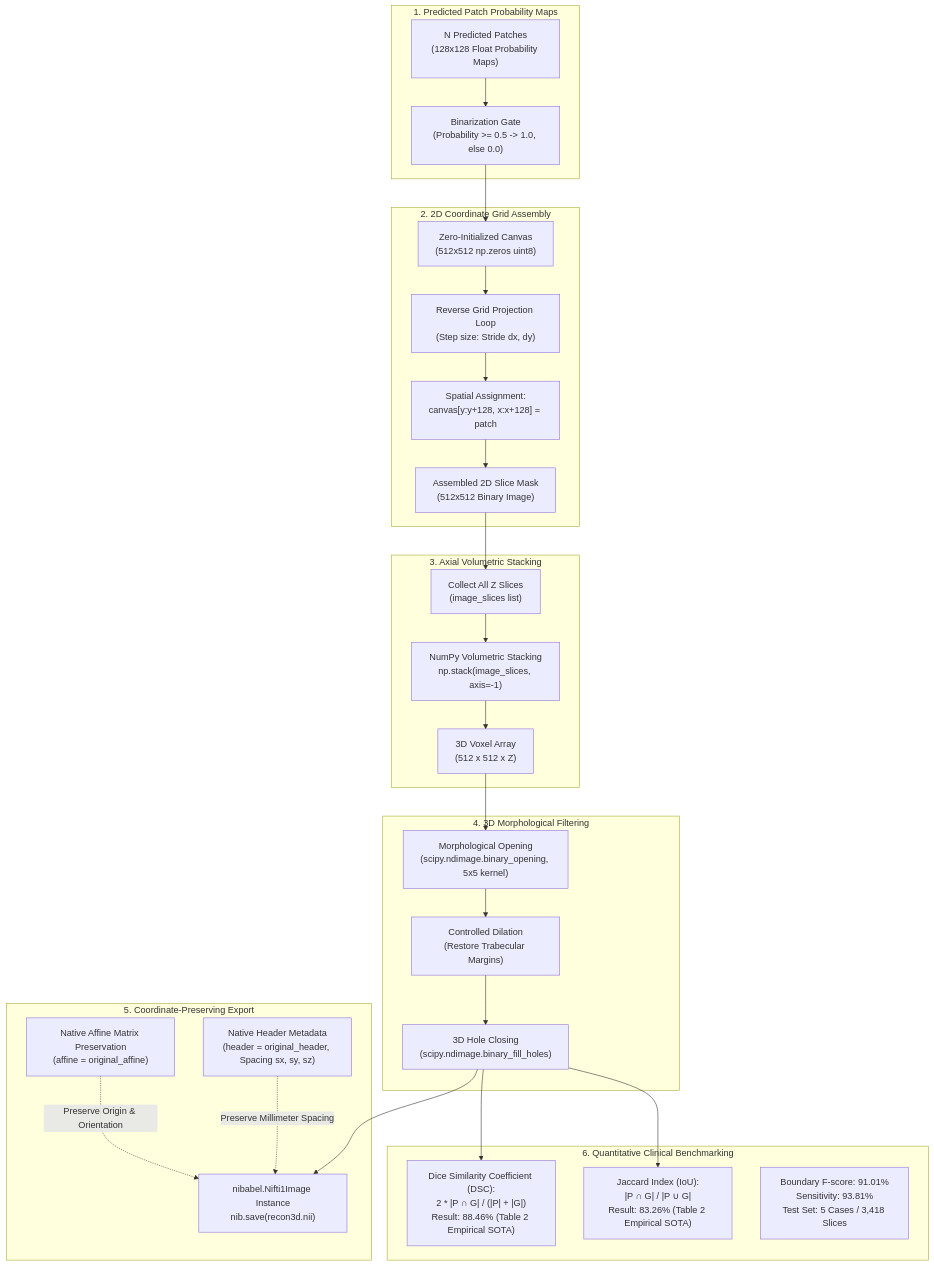
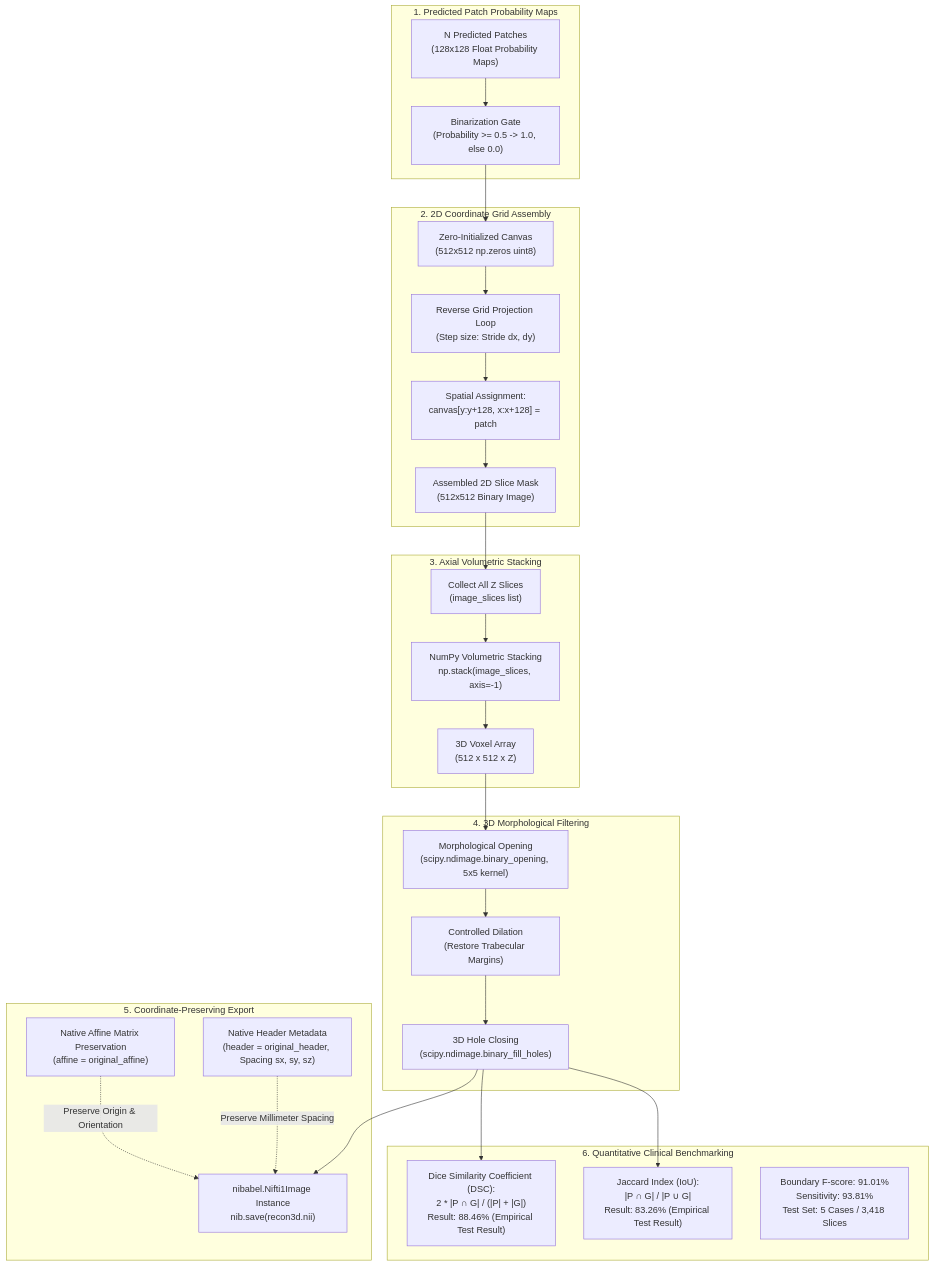
Before and after one commit to Nawaz393/spine-vertebrae-segmentation-architecture: the diagram in diagrams/reconstruction-and-evaluation.mmd, drawn with Mermaid. The commit also changed 4 other files, not shown here.

Commit message:
docs: remove unreleased peer-review comparison tables and focus on architecture and empirical results

```diff
--- a/diagrams/reconstruction-and-evaluation.mmd
+++ b/diagrams/reconstruction-and-evaluation.mmd
@@ -1,54 +1,54 @@
 flowchart TD
     subgraph INFERENCE_OUTPUT ["1. Predicted Patch Probability Maps"]
         PATCHES["N Predicted Patches<br/>(128x128 Float Probability Maps)"]
         THRESHOLD["Binarization Gate<br/>(Probability >= 0.5 -> 1.0, else 0.0)"]
     end
 
     subgraph REVERSE_STITCH ["2. 2D Coordinate Grid Assembly"]
         CANVAS["Zero-Initialized Canvas<br/>(512x512 np.zeros uint8)"]
         TILE_LOOP["Reverse Grid Projection Loop<br/>(Step size: Stride dx, dy)"]
         PASTE["Spatial Assignment:<br/>canvas[y:y+128, x:x+128] = patch"]
         SLICE_2D["Assembled 2D Slice Mask<br/>(512x512 Binary Image)"]
     end
 
     subgraph VOLUMETRIC_STACK ["3. Axial Volumetric Stacking"]
         COLLECT["Collect All Z Slices<br/>(image_slices list)"]
         STACK["NumPy Volumetric Stacking<br/>np.stack(image_slices, axis=-1)"]
         RAW_3D["3D Voxel Array<br/>(512 x 512 x Z)"]
     end
 
     subgraph POST_PROCESSING ["4. 3D Morphological Filtering"]
         OPENING["Morphological Opening<br/>(scipy.ndimage.binary_opening, 5x5 kernel)"]
         DILATION["Controlled Dilation<br/>(Restore Trabecular Margins)"]
         HOLE_FILL["3D Hole Closing<br/>(scipy.ndimage.binary_fill_holes)"]
     end
 
     subgraph NIFTI_PACKAGING ["5. Coordinate-Preserving Export"]
         AFFINE["Native Affine Matrix Preservation<br/>(affine = original_affine)"]
         HEADER["Native Header Metadata<br/>(header = original_header, Spacing sx, sy, sz)"]
         NII_OBJ["nibabel.Nifti1Image Instance<br/>nib.save(recon3d.nii)"]
     end
 
     subgraph VALIDATION_METRICS ["6. Quantitative Clinical Benchmarking"]
-        DICE["Dice Similarity Coefficient (DSC):<br/>2 * |P ∩ G| / (|P| + |G|)<br/>Result: 88.46% (Table 2 Empirical SOTA)"]
-        IOU["Jaccard Index (IoU):<br/>|P ∩ G| / |P ∪ G|<br/>Result: 83.26% (Table 2 Empirical SOTA)"]
+        DICE["Dice Similarity Coefficient (DSC):<br/>2 * |P ∩ G| / (|P| + |G|)<br/>Result: 88.46% (Empirical Test Result)"]
+        IOU["Jaccard Index (IoU):<br/>|P ∩ G| / |P ∪ G|<br/>Result: 83.26% (Empirical Test Result)"]
         BENCH["Boundary F-score: 91.01%<br/>Sensitivity: 93.81%<br/>Test Set: 5 Cases / 3,418 Slices"]
     end
 
     PATCHES --> THRESHOLD
     THRESHOLD --> CANVAS
     CANVAS --> TILE_LOOP
     TILE_LOOP --> PASTE
     PASTE --> SLICE_2D
     SLICE_2D --> COLLECT
     COLLECT --> STACK
     STACK --> RAW_3D
     RAW_3D --> OPENING
     OPENING --> DILATION
     DILATION --> HOLE_FILL
     HOLE_FILL --> NII_OBJ
     AFFINE -.->|"Preserve Origin & Orientation"| NII_OBJ
     HEADER -.->|"Preserve Millimeter Spacing"| NII_OBJ
 
     HOLE_FILL --> DICE
     HOLE_FILL --> IOU
```
